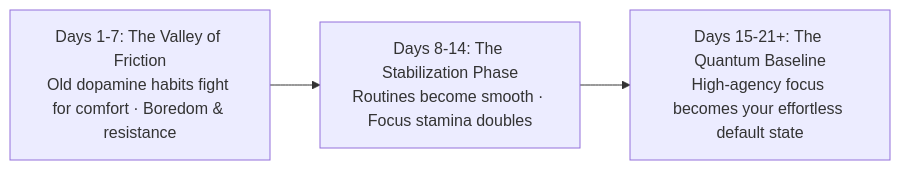
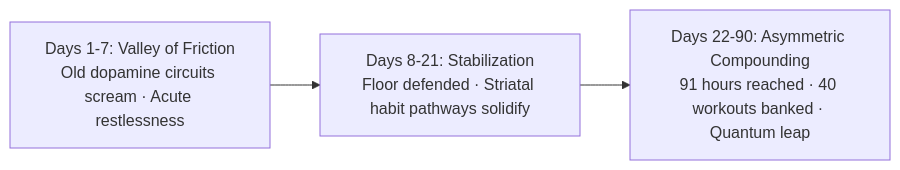
The sixth of 7 diagrams in knowledge-tree/nodes/chapter-09-the-high-agency-reset-breaking-autopilot.md (vs00918/aravalli), drawn with Mermaid before and after one commit. The commit also changed other lines of this file and 1 other file, not shown here.

Commit message:
feat(codex): enrich Chapter 7 with P-R-O-O-F 90-day system, 91-hour law & non-zero floor

````diff
--- a/knowledge-tree/nodes/chapter-09-the-high-agency-reset-breaking-autopilot.md
+++ b/knowledge-tree/nodes/chapter-09-the-high-agency-reset-breaking-autopilot.md
@@ -92,6 +180,6 @@
 ```mermaid
 graph LR
-    D1[Days 1-7: The Valley of Friction<br>Old dopamine habits fight for comfort · Boredom & resistance] 
-    --> D2[Days 8-14: The Stabilization Phase<br>Routines become smooth · Focus stamina doubles] 
-    --> D3[Days 15-21+: The Quantum Baseline<br>High-agency focus becomes your effortless default state]
+    D1["Days 1-7: Valley of Friction<br/>Old dopamine circuits scream · Acute restlessness"] 
+    --> D2["Days 8-21: Stabilization<br/>Floor defended · Striatal habit pathways solidify"] 
+    --> D3["Days 22-90: Asymmetric Compounding<br/>91 hours reached · 40 workouts banked · Quantum leap"]
 ```
````
